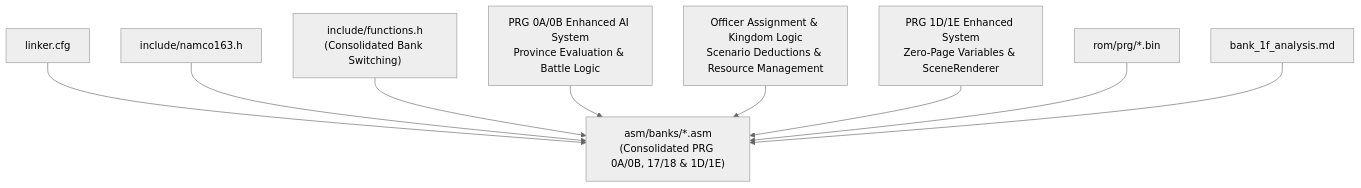
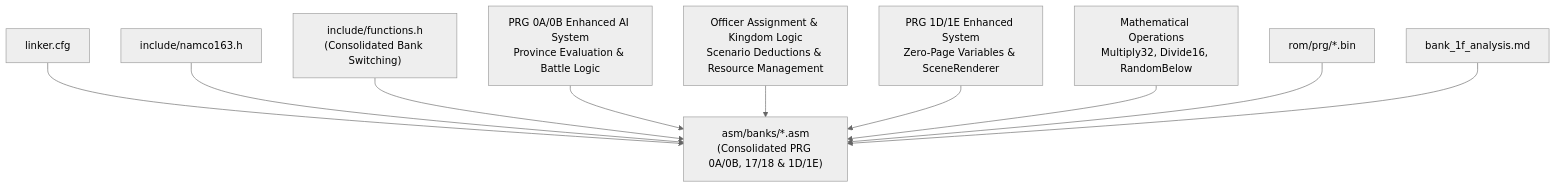
One commit to rabbyzero/sango2dasm changed the third of 3 diagrams in .qoder/repowiki/en/content/Assembly Architecture/Bank Organization and Memory Layout.md. Above: the diagram before and after it, drawn with Mermaid (neutral theme). The commit also changed other lines of this file and 5 other files, not shown here.

````diff
--- a/.qoder/repowiki/en/content/Assembly Architecture/Bank Organization and Memory Layout.md
+++ b/.qoder/repowiki/en/content/Assembly Architecture/Bank Organization and Memory Layout.md
@@ -579,20 +611,22 @@
 ```mermaid
 graph TB
 LCFG["linker.cfg"]
 N163["include/namco163.h"]
 FUNCS["include/functions.h<br/>(Consolidated Bank Switching)"]
 STUBS["asm/banks/*.asm<br/>(Consolidated PRG 0A/0B, 17/18 & 1D/1E)"]
 ENHANCED_AI["PRG 0A/0B Enhanced AI System<br/>Province Evaluation & Battle Logic"]
 OFFICER_SYSTEM["Officer Assignment & Kingdom Logic<br/>Scenario Deductions & Resource Management"]
 ENHANCED_DISPLAY["PRG 1D/1E Enhanced System<br/>Zero-Page Variables & SceneRenderer"]
+MATH_FUNCTIONS["Mathematical Operations<br/>Multiply32, Divide16, RandomBelow"]
 ROM["rom/prg/*.bin"]
 BOOT["bank_1f_analysis.md"]
 LCFG --> STUBS
 N163 --> STUBS
 FUNCS --> STUBS
 ENHANCED_AI --> STUBS
 OFFICER_SYSTEM --> STUBS
 ENHANCED_DISPLAY --> STUBS
+MATH_FUNCTIONS --> STUBS
 ROM --> STUBS
 BOOT --> STUBS
 ```
````
